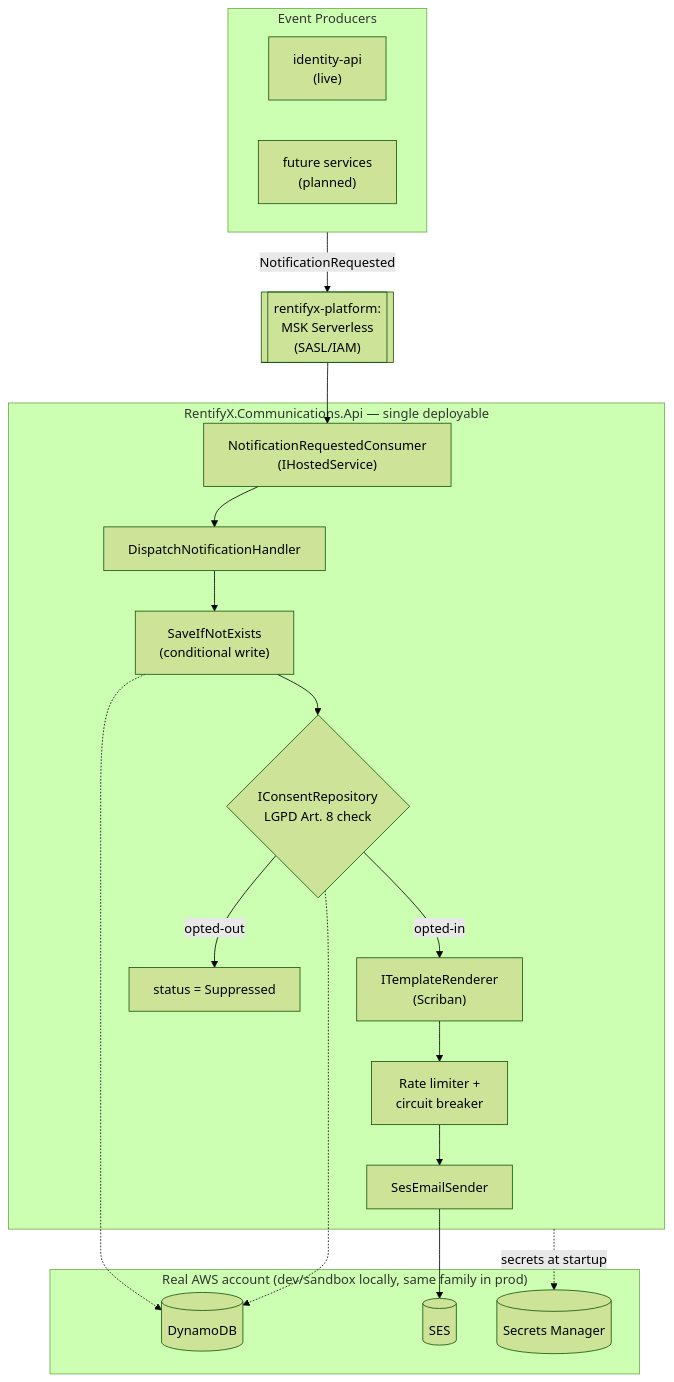
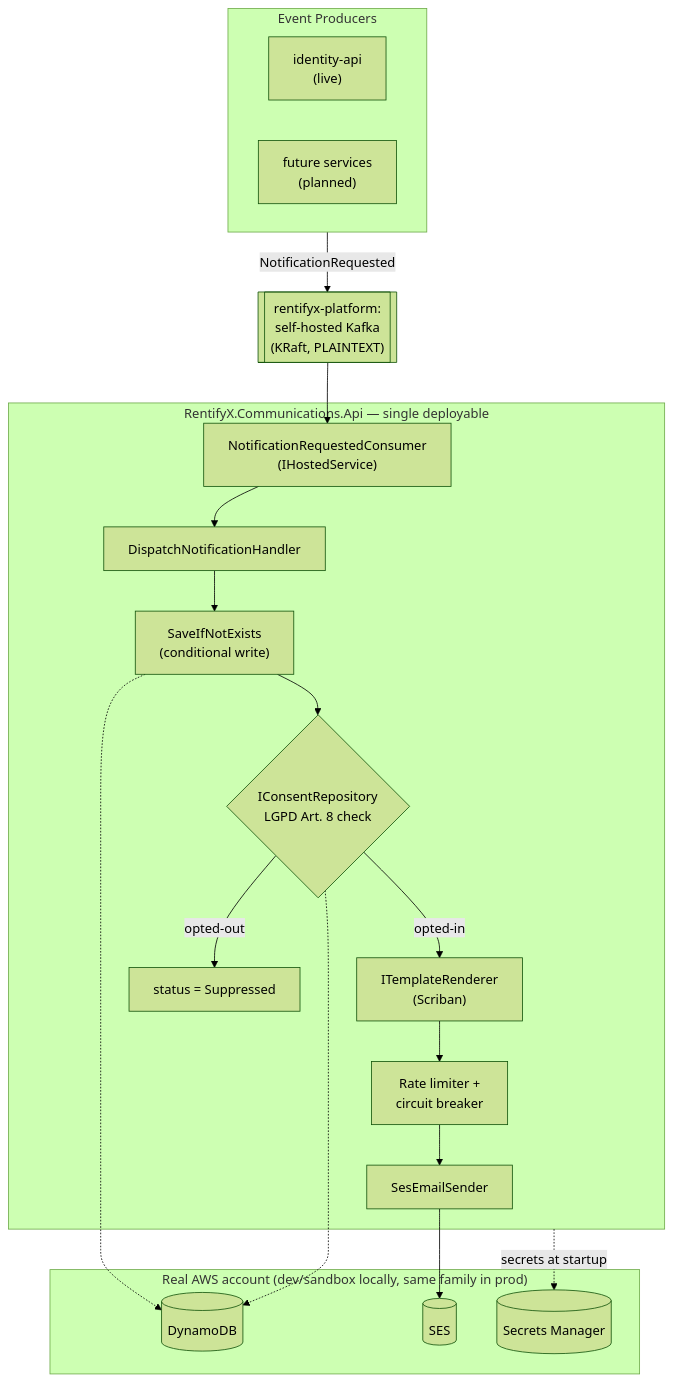
The diagram in README.md (eugeniobandeira/rentifyx-communications-api), drawn with Mermaid (forest theme) before and after one commit. The commit also changed other lines of this file and 9 other files, not shown here.

````diff
--- a/README.md
+++ b/README.md
@@ -23,28 +23,28 @@
 ```mermaid
 flowchart TB
     subgraph Producers["Event Producers"]
         IdentityAPI["identity-api<br/>(live)"]
         FutureProducers["future services<br/>(planned)"]
     end
 
-    Producers -->|"NotificationRequested"| MSK[["rentifyx-platform:<br/>MSK Serverless<br/>(SASL/IAM)"]]
+    Producers -->|"NotificationRequested"| MSK[["rentifyx-platform:<br/>self-hosted Kafka<br/>(KRaft, PLAINTEXT)"]]
     MSK --> Consumer
 
     subgraph Host["RentifyX.Communications.Api — single deployable"]
         Consumer["NotificationRequestedConsumer<br/>(IHostedService)"] --> Handler["DispatchNotificationHandler"]
         Handler --> Idempotency["SaveIfNotExists<br/>(conditional write)"] --> Consent{"IConsentRepository<br/>LGPD Art. 8 check"}
         Consent -->|opted-in| Renderer["ITemplateRenderer<br/>(Scriban)"] --> Limiter["Rate limiter +<br/>circuit breaker"] --> Sender["SesEmailSender"]
         Consent -->|opted-out| Suppressed["status = Suppressed"]
     end
 
     subgraph AWS["Real AWS account (dev/sandbox locally, same family in prod)"]
         DynamoDB[("DynamoDB")]
         SES[("SES")]
         SecretsManager[("Secrets Manager")]
     end
 
     Idempotency -.-> DynamoDB
     Consent -.-> DynamoDB
     Sender --> SES
     Host -.->|secrets at startup| SecretsManager
 ```
````
